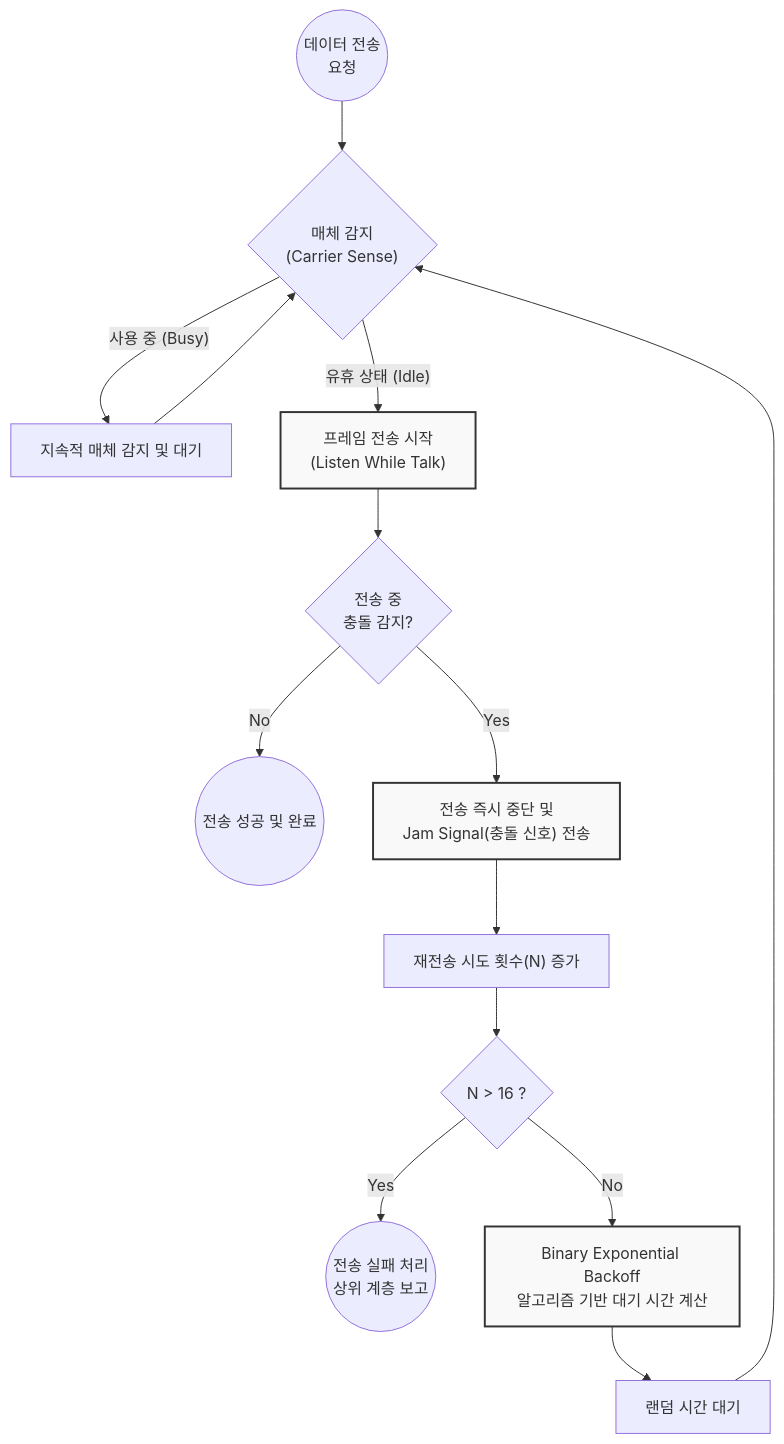
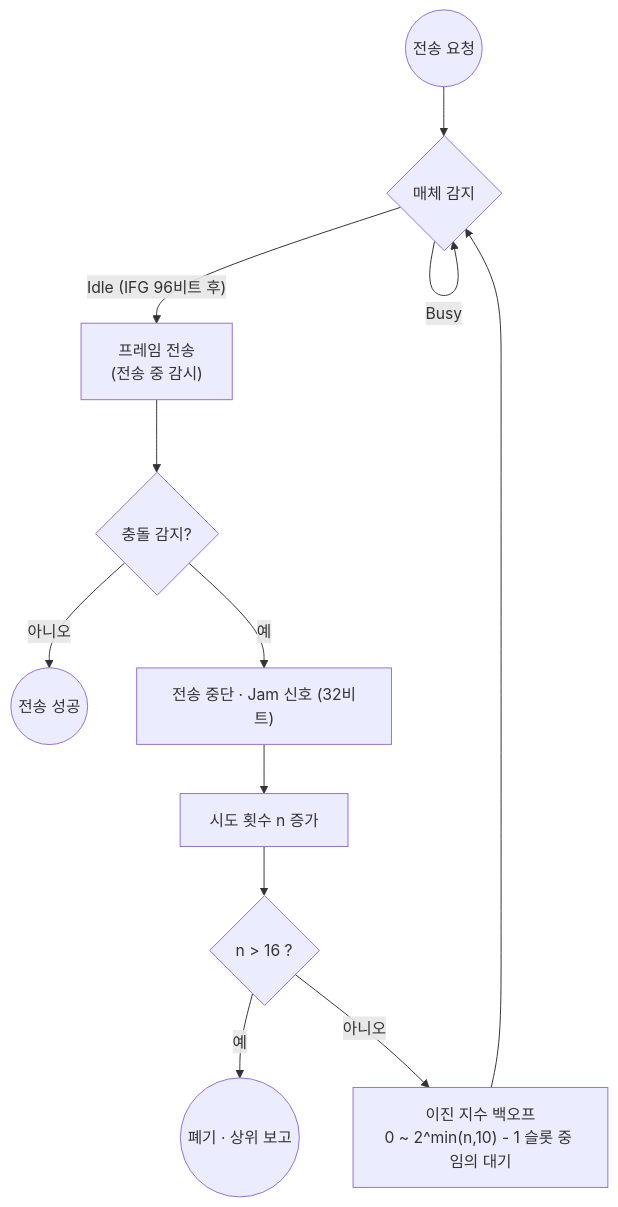
The diagram in content/01_IT Tech/CSMA CD.md (supremethumb/supremethumb.github.io), drawn with Mermaid before and after one commit. The commit also changed other lines of this file and 1087 other files, not shown here.

````diff
--- a/content/01_IT Tech/CSMA CD.md
+++ b/content/01_IT Tech/CSMA CD.md
@@ -27,28 +36,14 @@
 ```mermaid
 flowchart TD
-    Start((데이터 전송<br/>요청)) --> CS{"매체 감지<br/>(Carrier Sense)"}
-    
-    CS -- "사용 중 (Busy)" --> Wait["지속적 매체 감지 및 대기"]
-    Wait --> CS
-    
-    CS -- "유휴 상태 (Idle)" --> Tx["프레임 전송 시작<br/>(Listen While Talk)"]
-    
-    Tx --> CD{"전송 중<br/>충돌 감지?"}
-    
-    CD -- "No" --> Done((전송 성공 및 완료))
-    
-    CD -- "Yes" --> Jam["전송 즉시 중단 및<br/>Jam Signal(충돌 신호) 전송"]
-    
-    Jam --> IncCnt["재전송 시도 횟수(N) 증가"]
-    IncCnt --> CheckLimit{"N > 16 ?"}
-    
-    CheckLimit -- "Yes" --> Fail((전송 실패 처리<br/>상위 계층 보고))
-    CheckLimit -- "No" --> BEB["Binary Exponential Backoff<br/>알고리즘 기반 대기 시간 계산"]
-    
-    BEB --> Delay["랜덤 시간 대기"]
-    Delay --> CS
-    
-    classDef major fill:#f9f9f9,stroke:#333,stroke-width:2px;
-    class Tx,Jam,BEB major;
-
+    S(("전송 요청")) --> CS{"매체 감지"}
+    CS -- "Busy" --> CS
+    CS -- "Idle (IFG 96비트 후)" --> TX["프레임 전송<br/>(전송 중 감시)"]
+    TX --> CD{"충돌 감지?"}
+    CD -- "아니오" --> OK(("전송 성공"))
+    CD -- "예" --> JAM["전송 중단 · Jam 신호 (32비트)"]
+    JAM --> N["시도 횟수 n 증가"]
+    N --> L{"n > 16 ?"}
+    L -- "예" --> F(("폐기 · 상위 보고"))
+    L -- "아니오" --> B["이진 지수 백오프<br/>0 ~ 2^min(n,10) - 1 슬롯 중 임의 대기"]
+    B --> CS
 ```
````
